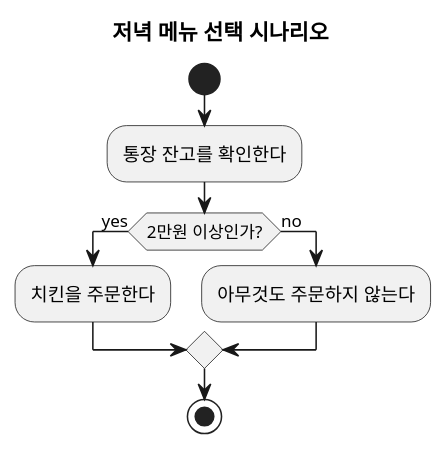
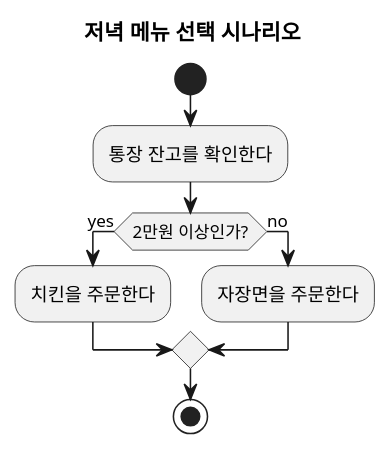
Before and after one commit to hiphop5782/all-in-one-java-resources: the diagram in puml/if-01.puml, drawn with PlantUML.

```diff
--- a/puml/if-01.puml
+++ b/puml/if-01.puml
@@ -1,18 +1,18 @@
 @startuml
 
 title 저녁 메뉴 선택 시나리오
 
 
 start
 
 :통장 잔고를 확인한다; 
 
 if (2만원 이상인가?) then (yes)
   :치킨을 주문한다;
 else (no)
-  :아무것도 주문하지 않는다;
+  :자장면을 주문한다;
 endif
 
 stop
 
 @enduml
```
